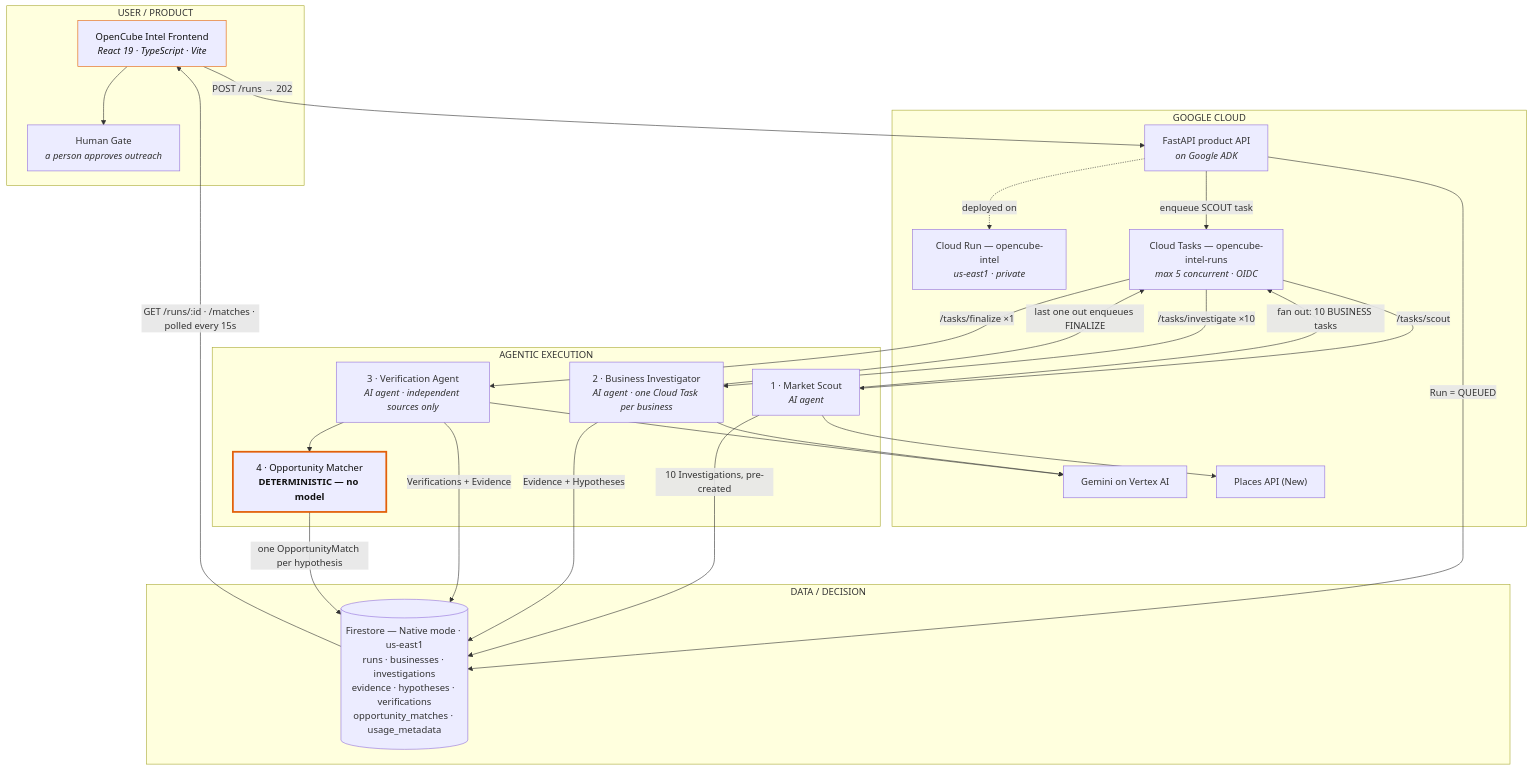
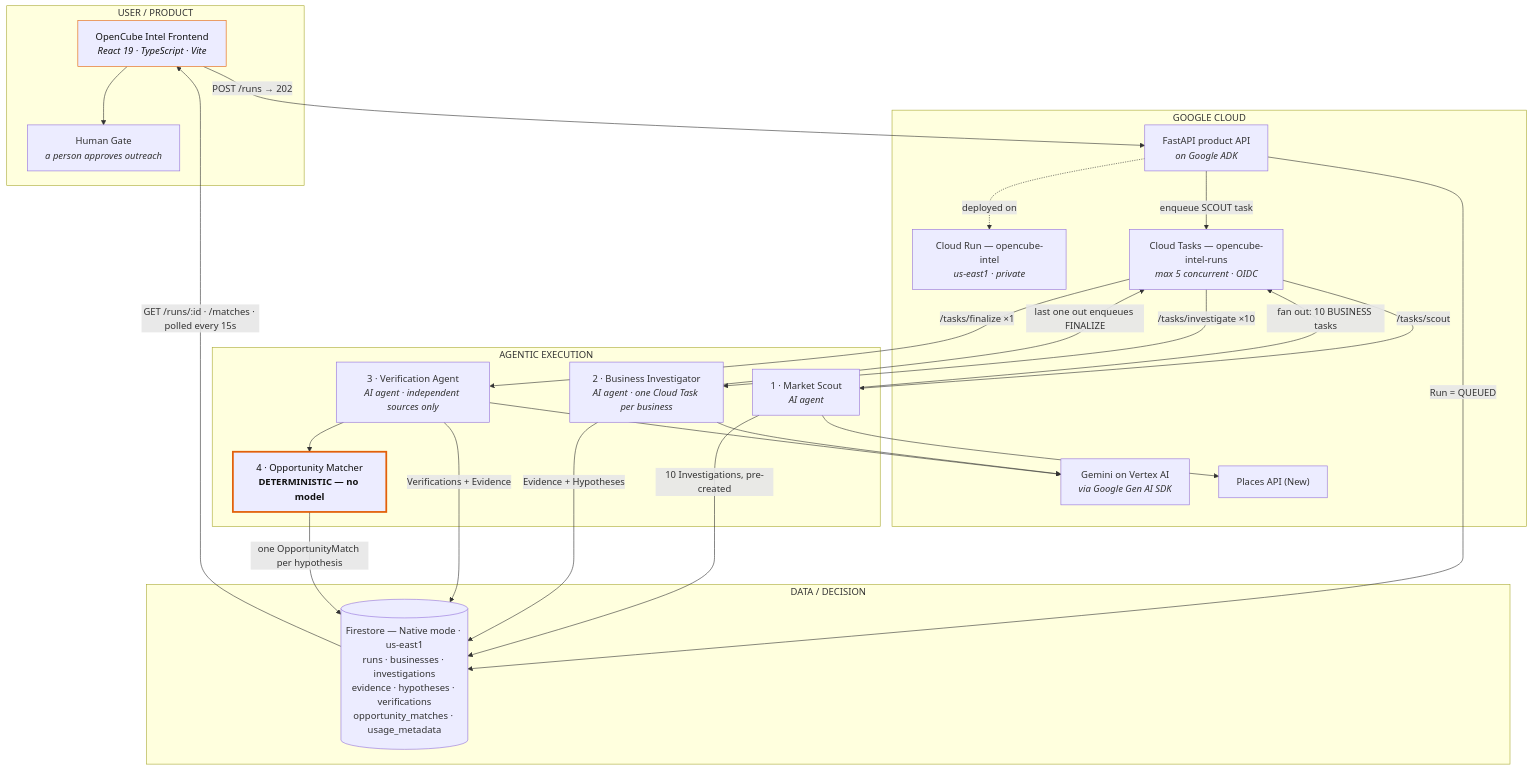
One commit to guillermowfg-ai/opencube-vertical-intelligence changed the diagram in docs/architecture.md. Above: the diagram before and after it, drawn with Mermaid. The commit also changed other lines of this file and 4 other files, not shown here.

````diff
--- a/docs/architecture.md
+++ b/docs/architecture.md
@@ -29,55 +29,55 @@
 ```mermaid
 flowchart TB
     subgraph PRODUCT["USER / PRODUCT"]
         UI["OpenCube Intel Frontend<br/><i>React 19 · TypeScript · Vite</i>"]
         GATE["Human Gate<br/><i>a person approves outreach</i>"]
     end
 
     subgraph CLOUD["GOOGLE CLOUD"]
         API["FastAPI product API<br/><i>on Google ADK</i>"]
         RUN["Cloud Run — opencube-intel<br/><i>us-east1 · private</i>"]
         TASKS["Cloud Tasks — opencube-intel-runs<br/><i>max 5 concurrent · OIDC</i>"]
-        GEMINI["Gemini on Vertex AI"]
+        GEMINI["Gemini on Vertex AI<br/><i>via Google Gen AI SDK</i>"]
         PLACES["Places API (New)"]
     end
 
     subgraph AGENTS["AGENTIC EXECUTION"]
         SCOUT["1 · Market Scout<br/><i>AI agent</i>"]
         INV["2 · Business Investigator<br/><i>AI agent · one Cloud Task per business</i>"]
         VER["3 · Verification Agent<br/><i>AI agent · independent sources only</i>"]
         MATCH["4 · Opportunity Matcher<br/><b>DETERMINISTIC — no model</b>"]
     end
 
     subgraph DATA["DATA / DECISION"]
         FS[("Firestore — Native mode · us-east1<br/>runs · businesses · investigations<br/>evidence · hypotheses · verifications<br/>opportunity_matches · usage_metadata")]
     end
 
     UI -->|"POST /runs → 202"| API
     API -.->|"deployed on"| RUN
     API -->|"Run = QUEUED"| FS
     API -->|"enqueue SCOUT task"| TASKS
 
     TASKS -->|"/tasks/scout"| SCOUT
     SCOUT --> PLACES
     SCOUT -->|"10 Investigations, pre-created"| FS
     SCOUT -->|"fan out: 10 BUSINESS tasks"| TASKS
 
     TASKS -->|"/tasks/investigate ×10"| INV
     INV --> GEMINI
     INV -->|"Evidence + Hypotheses"| FS
     INV -->|"last one out enqueues FINALIZE"| TASKS
 
     TASKS -->|"/tasks/finalize ×1"| VER
     VER --> GEMINI
     VER -->|"Verifications + Evidence"| FS
     VER --> MATCH
     MATCH -->|"one OpportunityMatch per hypothesis"| FS
 
     FS -->|"GET /runs/:id · /matches · polled every 15s"| UI
     UI --> GATE
 
     classDef deterministic stroke-width:3px,stroke:#E2600A,color:#111
     classDef brand stroke:#E2600A,color:#111
     class MATCH deterministic
     class UI brand
 ```
````
